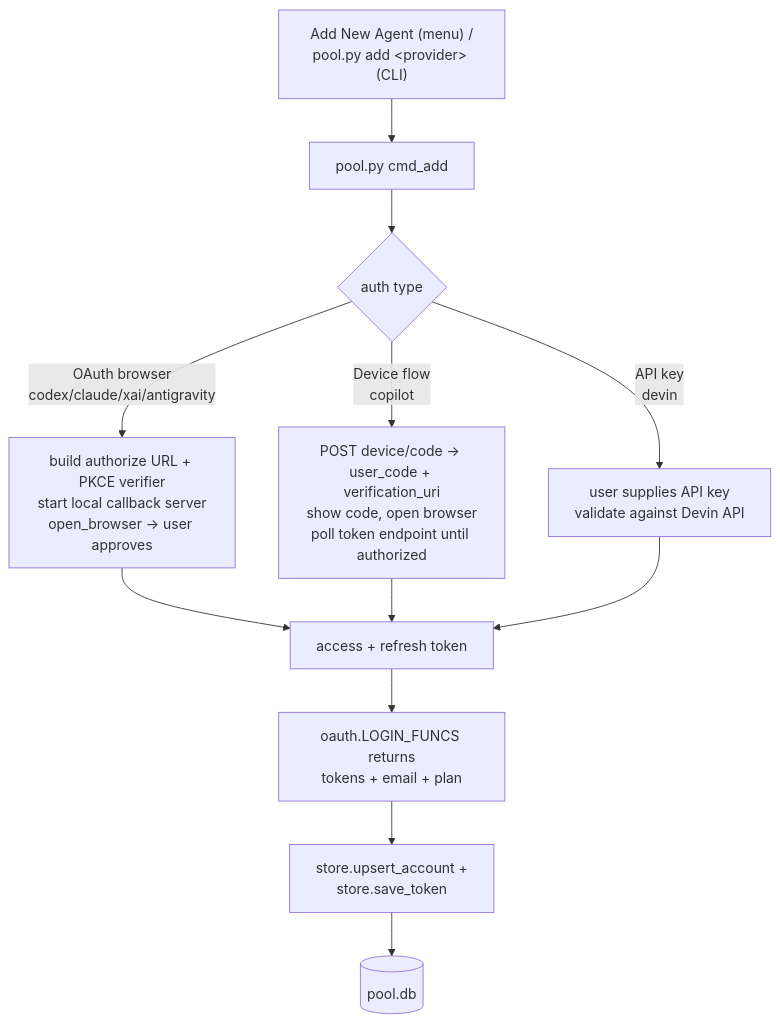
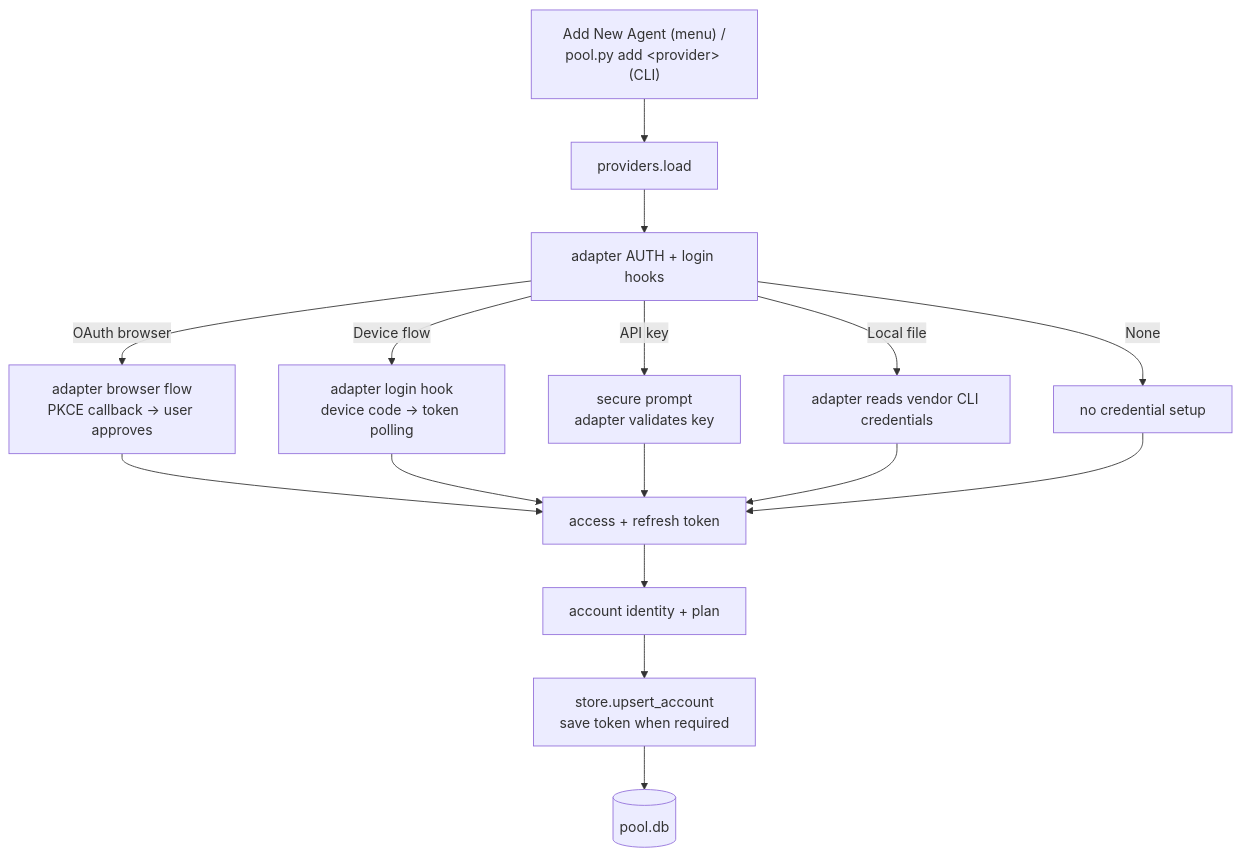
The second of 3 diagrams in README.md (adld-ai/tokenalytics), drawn with Mermaid before and after one commit. The commit also changed other lines of this file and 3 other files, not shown here.

````diff
--- a/README.md
+++ b/README.md
@@ -135,14 +143,18 @@
 ```mermaid
 flowchart TD
-    A["Add New Agent (menu) /<br/>pool.py add &lt;provider&gt; (CLI)"] --> B[pool.py cmd_add]
-    B --> C{auth type}
-    C -->|OAuth browser<br/>codex/claude/xai/antigravity| D1["build authorize URL + PKCE verifier<br/>start local callback server<br/>open_browser → user approves"]
-    C -->|Device flow<br/>copilot| D2["POST device/code → user_code + verification_uri<br/>show code, open browser<br/>poll token endpoint until authorized"]
-    C -->|API key<br/>devin| D3["user supplies API key<br/>validate against Devin API"]
+    A["Add New Agent (menu) /<br/>pool.py add &lt;provider&gt; (CLI)"] --> B[providers.load]
+    B --> C[adapter AUTH + login hooks]
+    C -->|OAuth browser| D1["adapter browser flow<br/>PKCE callback → user approves"]
+    C -->|Device flow| D2["adapter login hook<br/>device code → token polling"]
+    C -->|API key| D3["secure prompt<br/>adapter validates key"]
+    C -->|Local file| D4["adapter reads vendor CLI credentials"]
+    C -->|None| D5[no credential setup]
     D1 --> E["access + refresh token"]
     D2 --> E
     D3 --> E
-    E --> F["oauth.LOGIN_FUNCS returns<br/>tokens + email + plan"]
-    F --> G["store.upsert_account +<br/>store.save_token"]
+    D4 --> E
+    D5 --> E
+    E --> F["account identity + plan"]
+    F --> G["store.upsert_account<br/>save token when required"]
     G --> H[(pool.db)]
 ```
````
